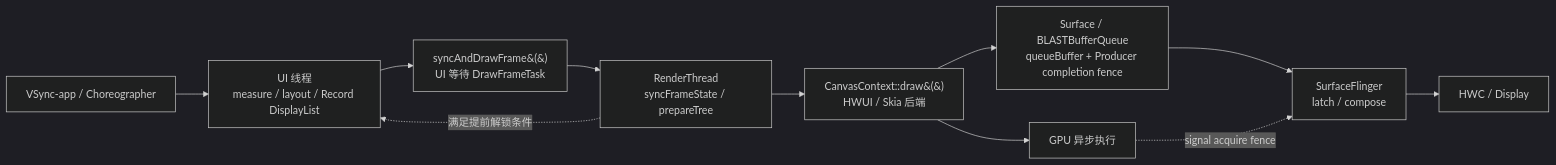
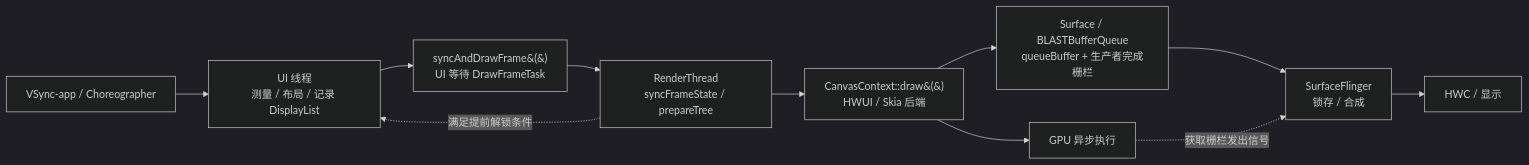
The diagram in src/part1-fundamentals/ch02-rendering/05-main-render-thread.md (Gracker/android-internals-wiki), drawn with Mermaid (dark theme) before and after one commit. The commit also changed other lines of this file and 4 other files, not shown here.

````diff
--- a/src/part1-fundamentals/ch02-rendering/05-main-render-thread.md
+++ b/src/part1-fundamentals/ch02-rendering/05-main-render-thread.md
@@ -129,13 +110,13 @@
 ```mermaid
 flowchart LR
-    V["VSync-app / Choreographer"] --> U["UI 线程<br/>measure / layout / Record DisplayList"]
+    V["VSync-app / Choreographer"] --> U["UI 线程<br/>测量 / 布局 / 记录 DisplayList"]
     U --> S["syncAndDrawFrame&#40;&#41;<br/>UI 等待 DrawFrameTask"]
     S --> P["RenderThread<br/>syncFrameState / prepareTree"]
     P --> D["CanvasContext::draw&#40;&#41;<br/>HWUI / Skia 后端"]
-    D --> B["Surface / BLASTBufferQueue<br/>queueBuffer + Producer completion fence"]
+    D --> B["Surface / BLASTBufferQueue<br/>queueBuffer + 生产者完成栅栏"]
     D --> G["GPU 异步执行"]
-    B --> F["SurfaceFlinger<br/>latch / compose"]
-    G -. "signal acquire fence" .-> F
-    F --> H["HWC / Display"]
+    B --> F["SurfaceFlinger<br/>锁存 / 合成"]
+    G -. "获取栅栏发出信号" .-> F
+    F --> H["HWC / 显示"]
     P -. "满足提前解锁条件" .-> U
 ```
````
